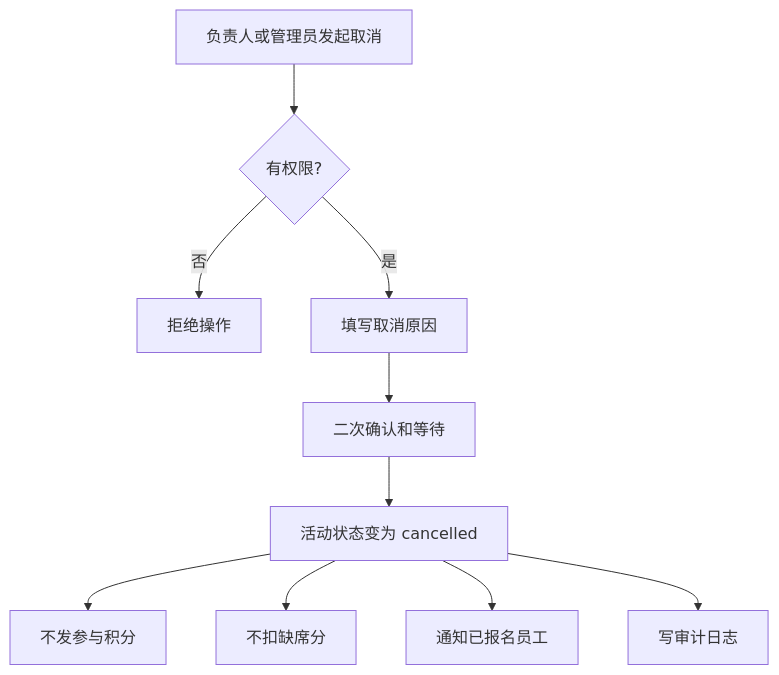
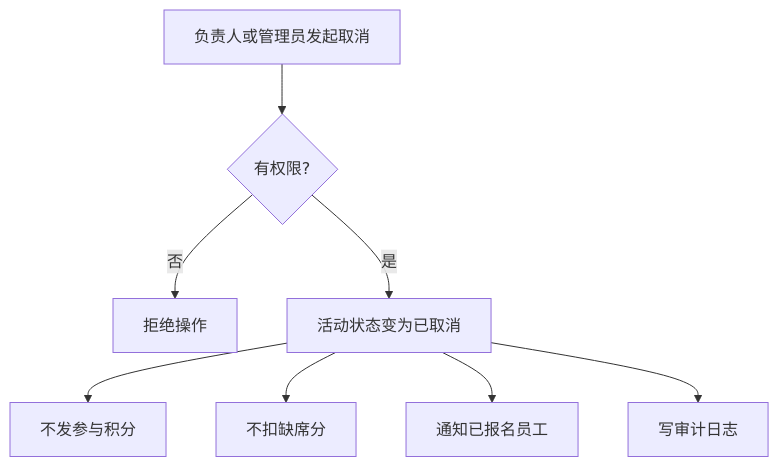
The eighth of 41 diagrams in docs/club-points-flow-design.md (KianaMei/points), drawn with Mermaid before and after one commit. The commit also changed other lines of this file and 2661 other files, not shown here.

````diff
--- a/docs/club-points-flow-design.md
+++ b/docs/club-points-flow-design.md
@@ -234,24 +212,22 @@
 ```mermaid
 flowchart TD
-    accTitle: Activity Cancellation Flow
-    accDescr: Leaders and administrators can cancel published activities directly after strong confirmation, and cancellation prevents both points and absence deductions.
+    accTitle: 活动取消流程
+    accDescr: 展示负责人和管理员可直接取消已发布活动，取消后不发积分也不扣缺席分。
 
     cancel_request["负责人或管理员发起取消"]
     permission_check{"有权限?"}
     reject["拒绝操作"]
-    reason["填写取消原因"]
-    wait_confirm["二次确认和等待"]
-    cancelled["活动状态变为 cancelled"]
+    已取消状态["活动状态变为已取消"]
     stop_points["不发参与积分"]
     stop_absent["不扣缺席分"]
     notify["通知已报名员工"]
     audit["写审计日志"]
 
     cancel_request --> permission_check
     permission_check -->|"否"| reject
-    permission_check -->|"是"| reason --> wait_confirm --> cancelled
-    cancelled --> stop_points
-    cancelled --> stop_absent
-    cancelled --> notify
-    cancelled --> audit
+    permission_check -->|"是"| 已取消状态
+    已取消状态 --> stop_points
+    已取消状态 --> stop_absent
+    已取消状态 --> notify
+    已取消状态 --> audit
 ```
````
